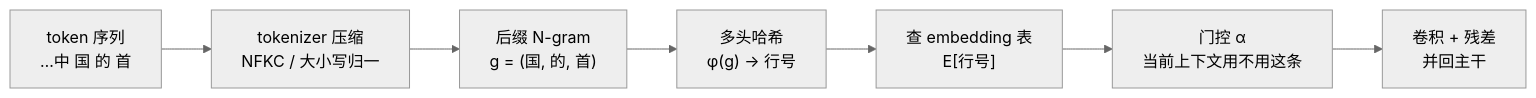
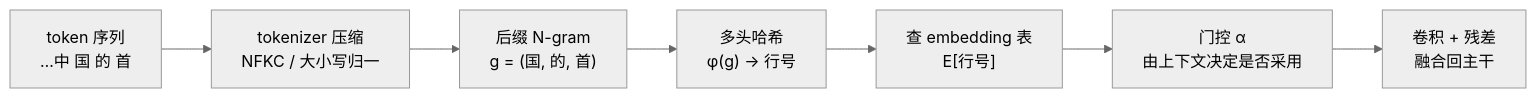
Before and after one commit to xingcanlee/infra-note: the first of 4 diagrams in src/content/posts/deepseek/15-engram/index.mdx, drawn with Mermaid (neutral theme). The commit also changed other lines of this file and 21 other files, not shown here.

````diff
--- a/src/content/posts/deepseek/15-engram/index.mdx
+++ b/src/content/posts/deepseek/15-engram/index.mdx
@@ -25,9 +35,9 @@
 ```mermaid
 flowchart LR
   A["token 序列<br/>…中 国 的 首"] --> B["tokenizer 压缩<br/>NFKC / 大小写归一"]
   B --> C["后缀 N-gram<br/>g = (国, 的, 首)"]
   C --> D["多头哈希<br/>φ(g) → 行号"]
   D --> E["查 embedding 表<br/>E[行号]"]
-  E --> F["门控 α<br/>当前上下文用不用这条"]
-  F --> G["卷积 + 残差<br/>并回主干"]
+  E --> F["门控 α<br/>由上下文决定是否采用"]
+  F --> G["卷积 + 残差<br/>融合回主干"]
 ```
````
